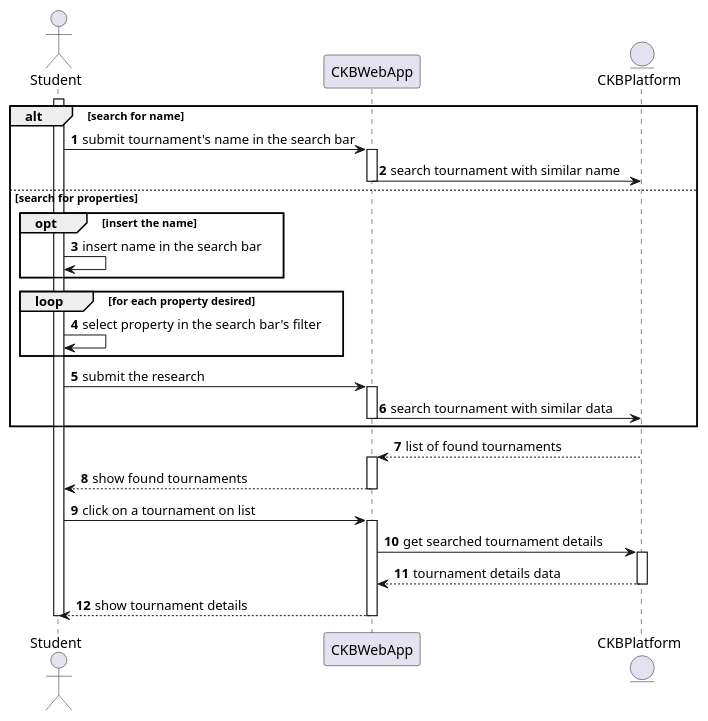
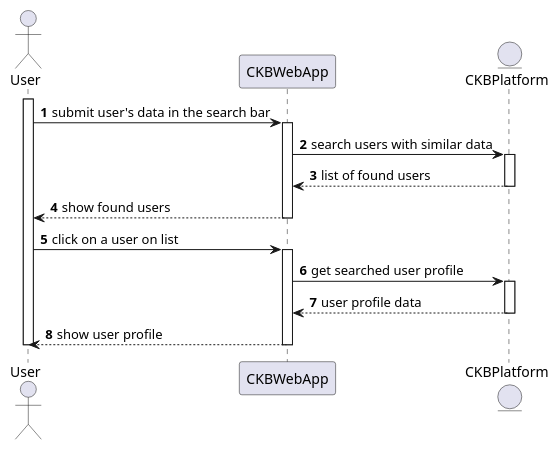
Before and after one commit to Angelo7672/SE2_Requirement-and-Design-Document: the diagram in _RASD/Images/UML/sequenceDiagram/sequenceDiagramUC11.wsd, drawn with PlantUML. The commit also changed 9 other files, not shown here.

```diff
--- a/_RASD/Images/UML/sequenceDiagram/sequenceDiagramUC11.wsd
+++ b/_RASD/Images/UML/sequenceDiagram/sequenceDiagramUC11.wsd
@@ -1,43 +1,28 @@
 @startuml
 
 autonumber
 
-actor Student as S
+actor User as S
 participant CKBWebApp as E
 entity CKBPlatform as P
 
 activate S
-
-alt search for name
-    S -> E: submit tournament's name in the search bar
-    activate E
-    E -> P: search tournament with similar name
-    deactivate E
-else search for properties
-    opt insert the name
-        S -> S: insert name in the search bar
-    end
-    loop for each property desired
-        S -> S: select property in the search bar's filter
-    end
-    S -> E: submit the research
-    activate E
-    E -> P: search tournament with similar data
-    deactivate E
-end
-
-P --> E: list of found tournaments
+S -> E: submit user's data in the search bar
 activate E
-E --> S: show found tournaments
+E -> P: search users with similar data
+activate P
+P --> E: list of found users
+deactivate P
+E --> S: show found users
 deactivate E
-S -> E: click on a tournament on list
+S -> E: click on a user on list
 activate E
-E -> P: get searched tournament details
+E -> P: get searched user profile
 activate P
-P --> E: tournament details data
-deactivate P 
-E --> S: show tournament details
+P --> E: user profile data
+deactivate P
+E --> S: show user profile
 deactivate E
 deactivate S
 
 @enduml
```
